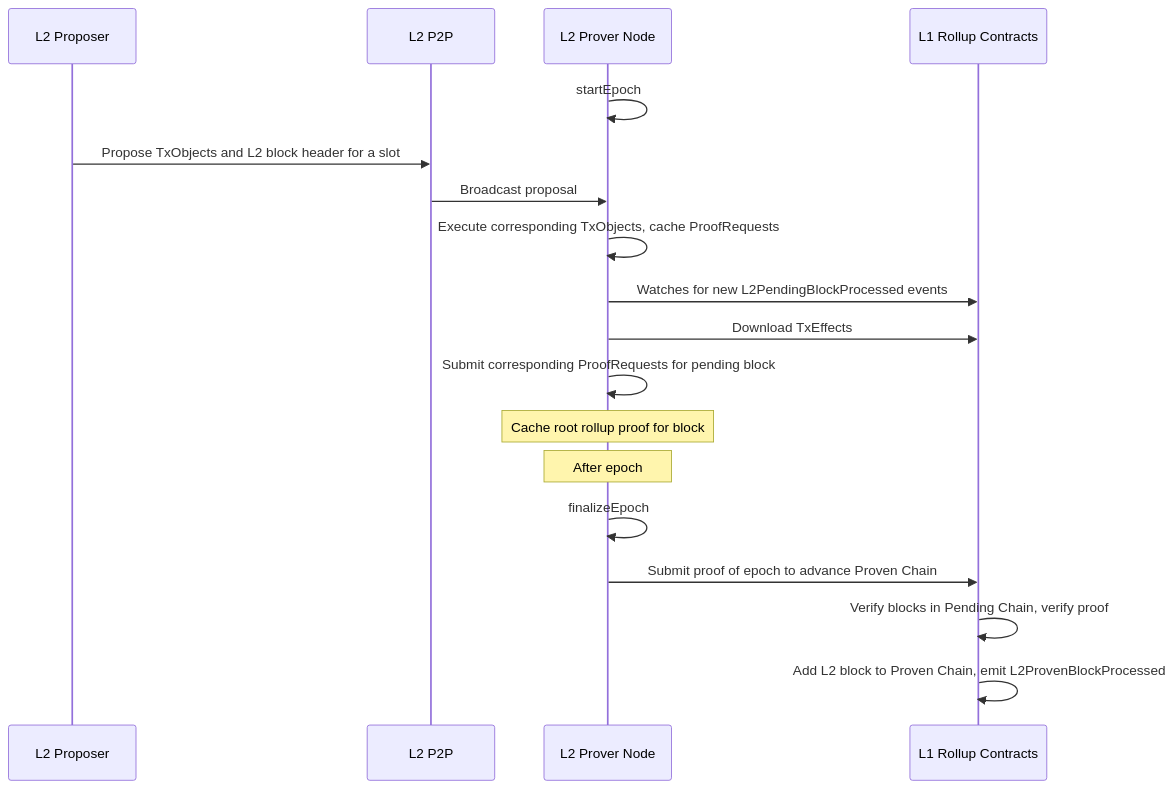
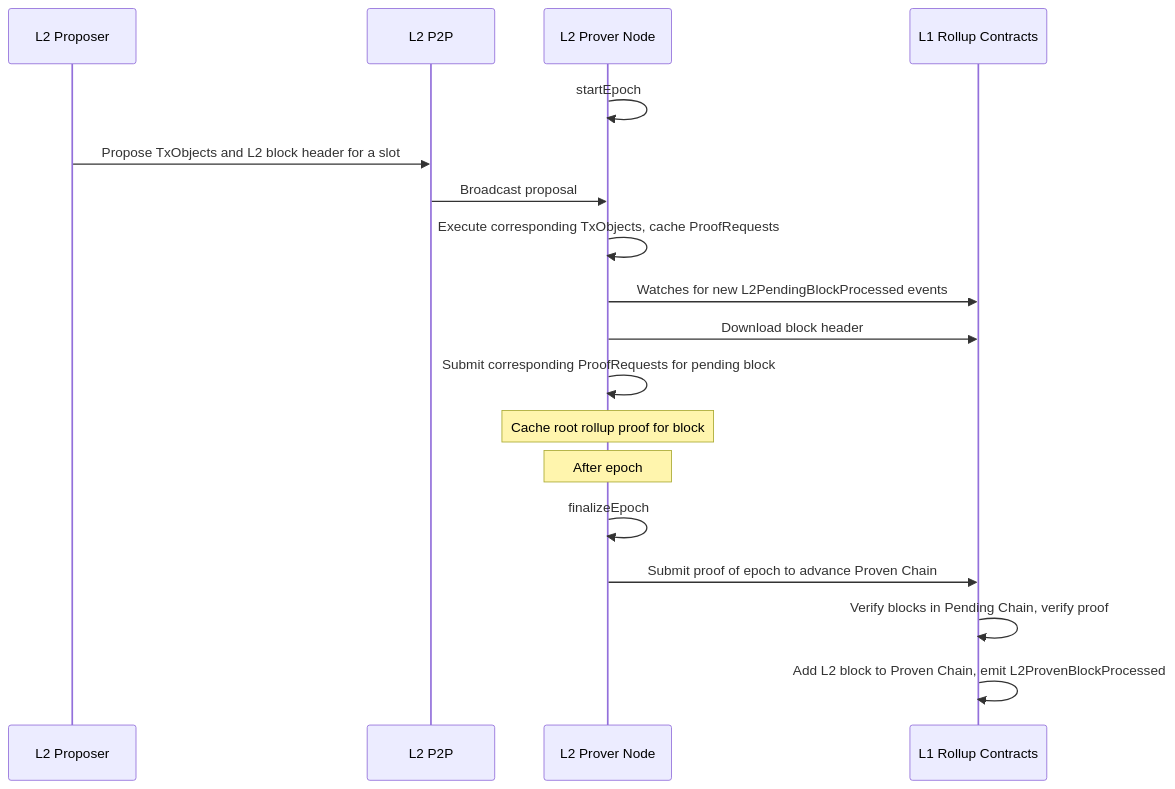
One commit to AztecProtocol/engineering-designs changed the second of 2 diagrams in in-progress/7482-sequencer-prover-test-net.md. Above: the diagram before and after it, drawn with Mermaid. The commit also changed other lines of this file, not shown here.

````diff
--- a/in-progress/7482-sequencer-prover-test-net.md
+++ b/in-progress/7482-sequencer-prover-test-net.md
@@ -178,21 +177,21 @@
 ```mermaid
 sequenceDiagram
     participant P as L2 Proposer
     participant MP as L2 P2P
     participant PN as L2 Prover Node
     participant L1R as L1 Rollup Contracts
 
     PN->>PN: startEpoch
     P->>MP: Propose TxObjects and L2 block header for a slot 
     MP->>PN: Broadcast proposal
     PN->>PN: Execute corresponding TxObjects, cache ProofRequests
     PN->>L1R: Watches for new L2PendingBlockProcessed events
-    PN->>L1R: Download TxEffects
+    PN->>L1R: Download block header
     PN->>PN: Submit corresponding ProofRequests for pending block
     Note over PN: Cache root rollup proof for block
     Note over PN: After epoch
     PN->>PN: finalizeEpoch
     PN->>L1R: Submit proof of epoch to advance Proven Chain
     L1R->>L1R: Verify blocks in Pending Chain, verify proof
     L1R->>L1R: Add L2 block to Proven Chain, emit L2ProvenBlockProcessed
 ```
````
